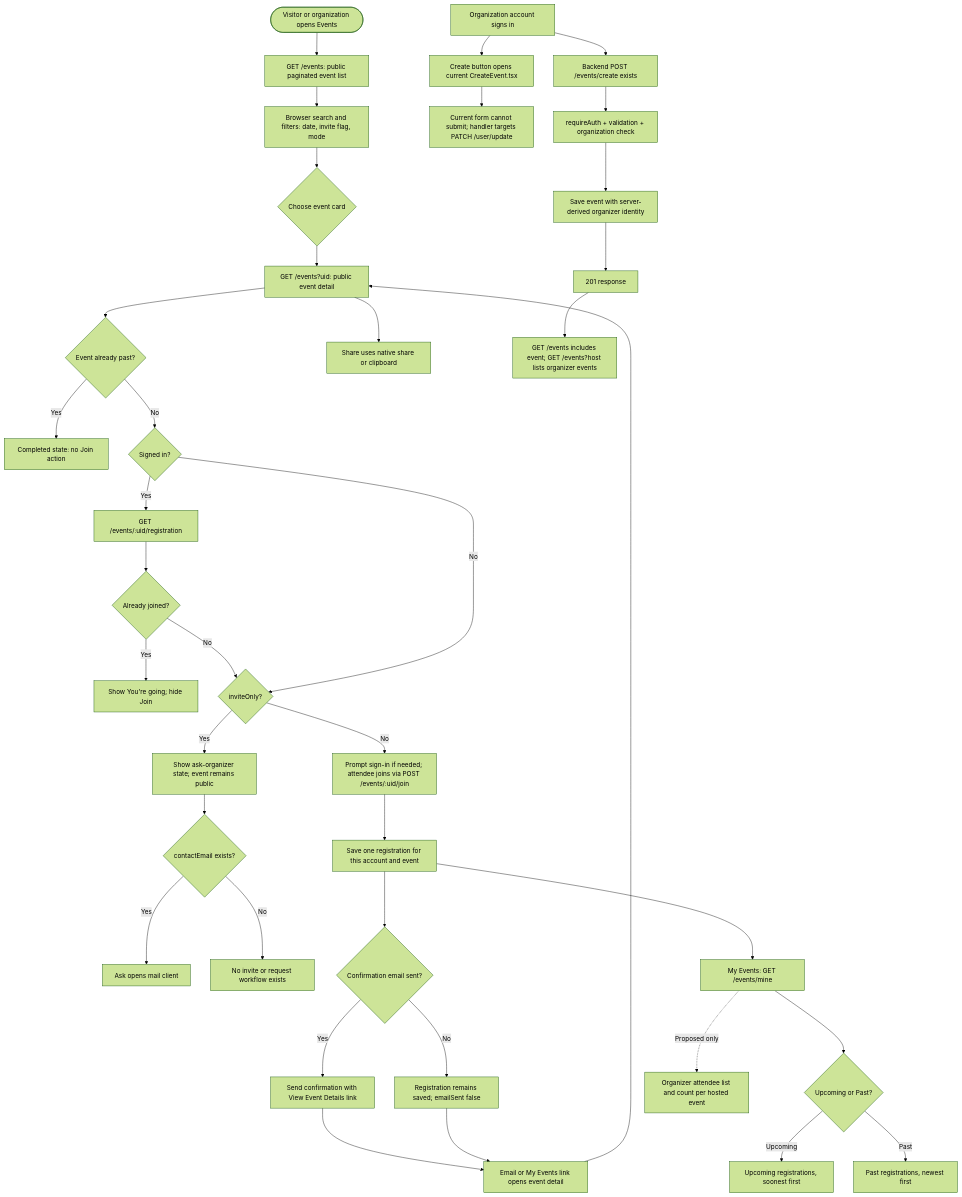
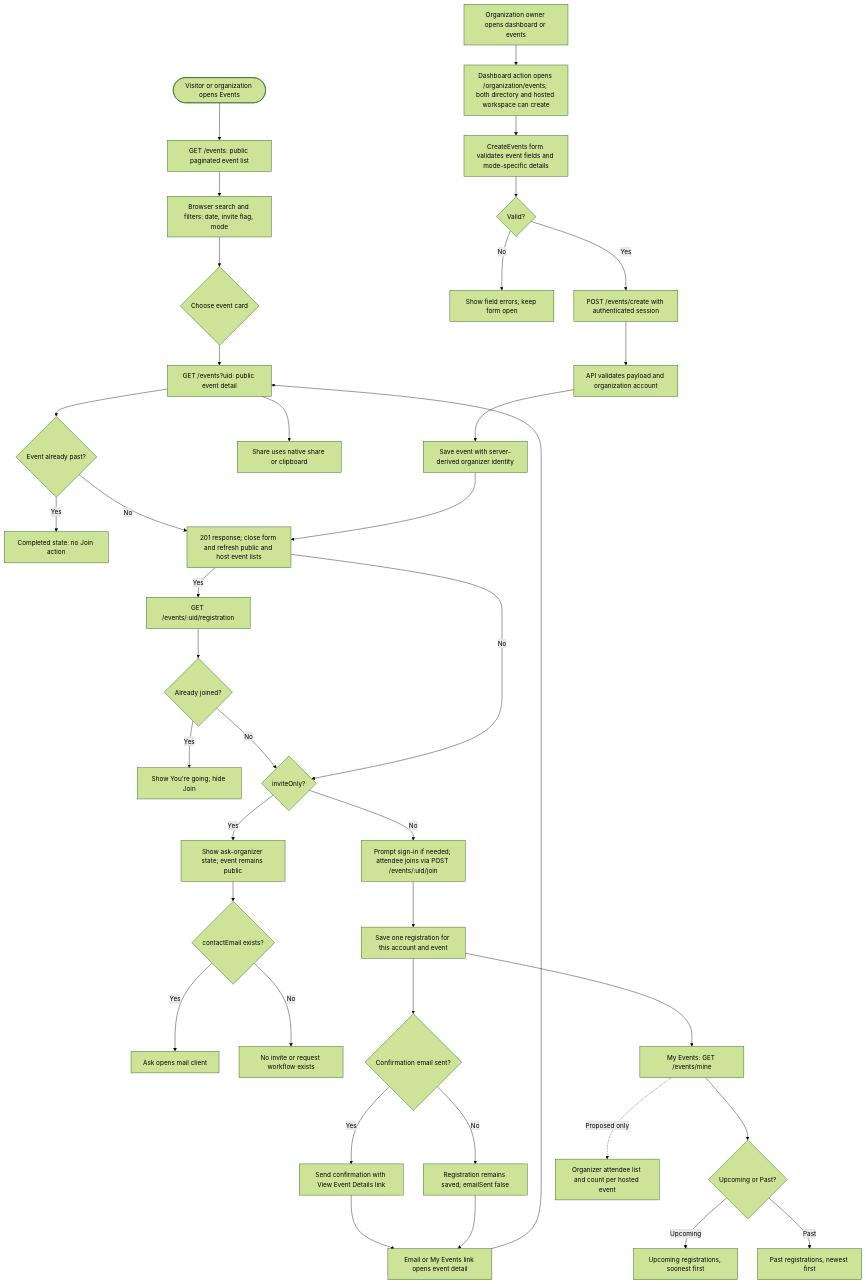
The diagram in docs/specs/events.md (karmacircleCommunity/KarmaCircle), drawn with Mermaid (forest theme) before and after one commit. The commit also changed other lines of this file and 30 other files, not shown here.

First line of the commit message:
chore: update CI workflows, readiness score script, security docs and events flow

````diff
--- a/docs/specs/events.md
+++ b/docs/specs/events.md
@@ -31,40 +33,41 @@
 ```mermaid
 flowchart TD
     A([Visitor or organization opens Events]) --> B[GET /events: public paginated event list]
     B --> C[Browser search and filters: date, invite flag, mode]
     C --> D{Choose event card}
     D --> E[GET /events?uid: public event detail]
     E --> F{Event already past?}
     F -->|Yes| G[Completed state: no Join action]
     F -->|No| X{Signed in?}
     X -->|Yes| Y[GET /events/:uid/registration]
     Y --> Z{Already joined?}
     Z -->|Yes| AA[Show You're going; hide Join]
     Z -->|No| H{inviteOnly?}
     X -->|No| H
     H -->|Yes| I[Show ask-organizer state; event remains public]
     I --> J{contactEmail exists?}
     J -->|Yes| K[Ask opens mail client]
     J -->|No| L[No invite or request workflow exists]
     H -->|No| M[Prompt sign-in if needed; attendee joins via POST /events/:uid/join]
     M --> N[Save one registration for this account and event]
     N --> EE{Confirmation email sent?}
     EE -->|Yes| EM[Send confirmation with View Event Details link]
     EE -->|No| EF[Registration remains saved; emailSent false]
     EM --> AB[Email or My Events link opens event detail]
     EF --> AB
     AB --> E
     E --> O[Share uses native share or clipboard]
     N --> ME[My Events: GET /events/mine]
     ME --> MP{Upcoming or Past?}
     MP -->|Upcoming| MU[Upcoming registrations, soonest first]
     MP -->|Past| MT[Past registrations, newest first]
     ME -.->|Proposed only| OR[Organizer attendee list and count per hosted event]
-    P[Organization account signs in] --> Q[Create button opens current CreateEvent.tsx]
-    Q --> R[Current form cannot submit; handler targets PATCH /user/update]
-    P --> S[Backend POST /events/create exists]
-    S --> T[requireAuth + validation + organization check]
-    T --> U[Save event with server-derived organizer identity]
-    U --> V[201 response]
-    V --> W[GET /events includes event; GET /events?host lists organizer events]
+    P[Organization owner opens dashboard or events] --> Q[Dashboard action opens /organization/events; both directory and hosted workspace can create]
+    Q --> R[CreateEvents form validates event fields and mode-specific details]
+    R --> S{Valid?}
+    S -->|No| T[Show field errors; keep form open]
+    S -->|Yes| U[POST /events/create with authenticated session]
+    U --> V[API validates payload and organization account]
+    V --> W[Save event with server-derived organizer identity]
+    W --> X[201 response; close form and refresh public and host event lists]
 ```
````
